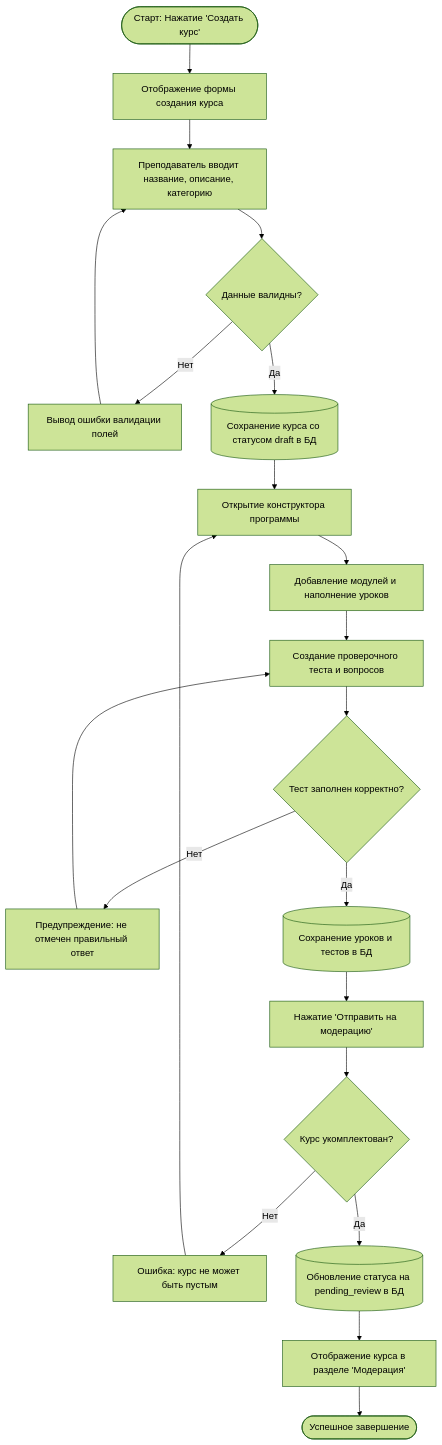
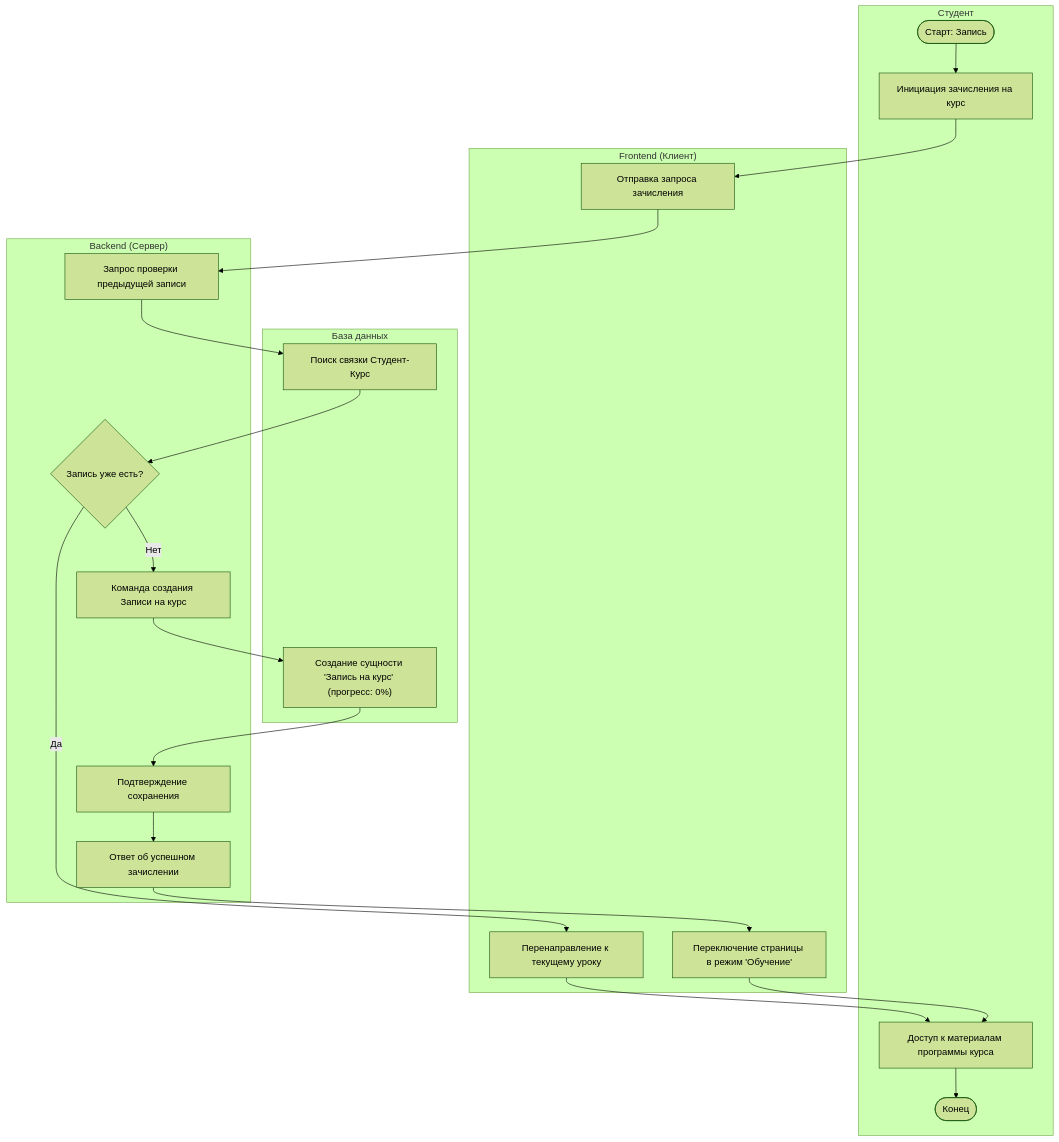
The third of 7 diagrams in projects/10/03-Системный аналитик/Сценарии.md (DrMozq/it-2026), drawn with Mermaid (forest theme) before and after one commit. The commit also changed other lines of this file and 4 other files, not shown here.

Commit message:
team 10: fix audit comments - remove English titles, shorten intros, Russian labels, UML notation, NFR cleanup

````diff
--- a/projects/10/03-Системный аналитик/Сценарии.md
+++ b/projects/10/03-Системный аналитик/Сценарии.md
@@ -48,29 +166,29 @@
 ```mermaid
 flowchart TD
-    Start(["Старт: Нажатие 'Создать курс'"]) --> Form["Отображение формы создания курса"]
-    Form --> Fill["Преподаватель вводит название, описание, категорию"]
-    Fill --> ValidateDraft{"Данные валидны?"}
+    subgraph LaneStudent ["Студент"]
+        Enr_Start(["Старт: Запись"]) --> Enr_Action["Инициация зачисления на курс"]
+        Enr_View["Доступ к материалам программы курса"] --> Enr_End(["Конец"])
+    end
 
-    ValidateDraft -->|Нет| ShowError1["Вывод ошибки валидации полей"]
-    ShowError1 --> Fill
+    subgraph LaneFrontend ["Frontend (Клиент)"]
+        Enr_Action --> Enr_Req["Отправка запроса зачисления"]
+        Enr_Redirect["Перенаправление к текущему уроку"] --> Enr_View
+        Enr_UpdateUI["Переключение страницы в режим 'Обучение'"] --> Enr_View
+    end
 
-    ValidateDraft -->|Да| SaveDraft[("Сохранение курса со статусом draft в БД")]
-    SaveDraft --> Constructor["Открытие конструктора программы"]
-    Constructor --> AddModules["Добавление модулей и наполнение уроков"]
-    AddModules --> AddTest["Создание проверочного теста и вопросов"]
-    AddTest --> ValidateTest{"Тест заполнен корректно?"}
+    subgraph LaneBackend ["Backend (Сервер)"]
+        Enr_Req --> Enr_CheckDB["Запрос проверки предыдущей записи"]
+        Enr_Decide{"Запись уже есть?"}
+        Enr_Decide -->|Да| Enr_Redirect
+        Enr_Decide -->|Нет| Enr_CreateCmd["Команда создания Записи на курс"]
+        Enr_Saved["Подтверждение сохранения"] --> Enr_RespOk["Ответ об успешном зачислении"]
+        Enr_RespOk --> Enr_UpdateUI
+    end
 
-    ValidateTest -->|Нет| ShowTestError["Предупреждение: не отмечен правильный ответ"]
-    ShowTestError --> AddTest
-
-    ValidateTest -->|Да| SaveContent[("Сохранение уроков и тестов в БД")]
-    SaveContent --> Submit["Нажатие 'Отправить на модерацию'"]
-    Submit --> FinalCheck{"Курс укомплектован?"}
-
-    FinalCheck -->|Нет| IncompleteError["Ошибка: курс не может быть пустым"]
-    IncompleteError --> Constructor
-
-    FinalCheck -->|Да| UpdateStatus[("Обновление статуса на pending_review в БД")]
-    UpdateStatus --> NotifyAdmin["Отображение курса в разделе 'Модерация'"]
-    NotifyAdmin --> Finish(["Успешное завершение"])
+    subgraph LaneDB ["База данных"]
+        Enr_CheckDB --> Enr_Find["Поиск связки Студент-Курс"]
+        Enr_Find --> Enr_Decide
+        Enr_CreateCmd --> Enr_Insert["Создание сущности 'Запись на курс' (прогресс: 0%)"]
+        Enr_Insert --> Enr_Saved
+    end
 ```
````
